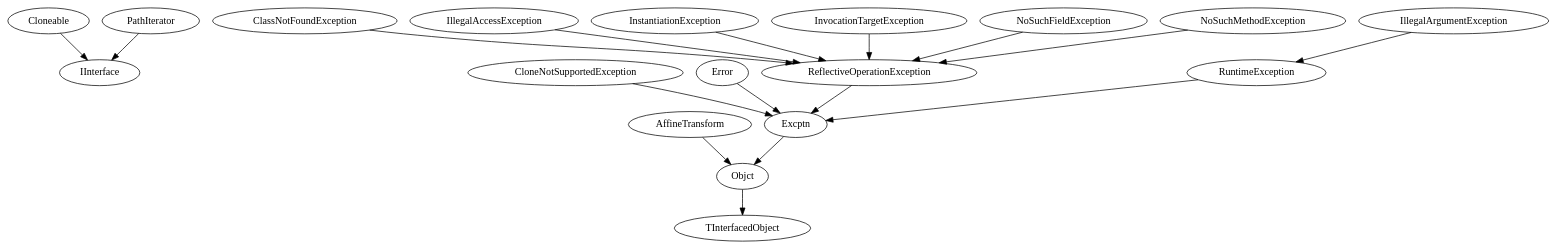
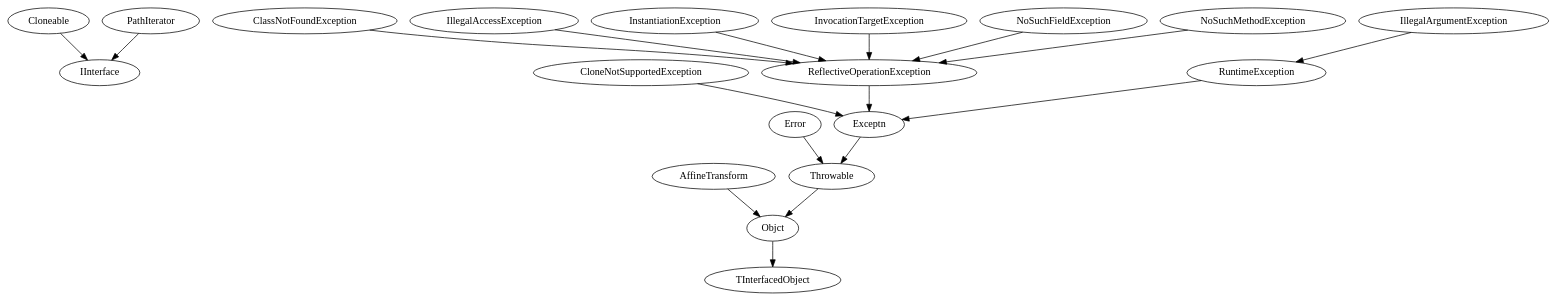
One commit to coelhole/newpascal changed the diagram in docs/GVClasses.dot. Above: the diagram before and after it, drawn with Graphviz. The commit also changed 22 other files, not shown here.

```diff
--- a/docs/GVClasses.dot
+++ b/docs/GVClasses.dot
@@ -1,34 +1,36 @@
 DiGraph Classes {
   "Cloneable" -> "IInterface"
   "Cloneable" [href="NewPascal.Base.Cloneable.html"]
   "PathIterator" -> "IInterface"
   "PathIterator" [href="NewPascal.GUI.Geom.PathIterator.html"]
   "Objct" -> "TInterfacedObject"
   "Objct" [href="NewPascal.Base.Objct.html"]
   "AffineTransform" -> "Objct"
   "AffineTransform" [href="NewPascal.GUI.Geom.AffineTransform.html"]
-  "Excptn" -> "Objct"
-  "Excptn" [href="NewPascal.Base.Excptn.html"]
-  "CloneNotSupportedException" -> "Excptn"
+  "Throwable" -> "Objct"
+  "Throwable" [href="NewPascal.Base.Throwable.html"]
+  "Error" -> "Throwable"
+  "Error" [href="NewPascal.Base.Error.html"]
+  "Exceptn" -> "Throwable"
+  "Exceptn" [href="NewPascal.Base.Exceptn.html"]
+  "CloneNotSupportedException" -> "Exceptn"
   "CloneNotSupportedException" [href="NewPascal.Base.CloneNotSupportedException.html"]
-  "Error" -> "Excptn"
-  "Error" [href="NewPascal.Base.Error.html"]
-  "ReflectiveOperationException" -> "Excptn"
+  "ReflectiveOperationException" -> "Exceptn"
   "ReflectiveOperationException" [href="NewPascal.Base.ReflectiveOperationException.html"]
   "ClassNotFoundException" -> "ReflectiveOperationException"
   "ClassNotFoundException" [href="NewPascal.Base.ClassNotFoundException.html"]
   "IllegalAccessException" -> "ReflectiveOperationException"
   "IllegalAccessException" [href="NewPascal.Base.IllegalAccessException.html"]
   "InstantiationException" -> "ReflectiveOperationException"
   "InstantiationException" [href="NewPascal.Base.InstantiationException.html"]
   "InvocationTargetException" -> "ReflectiveOperationException"
   "InvocationTargetException" [href="NewPascal.Base.InvocationTargetException.html"]
   "NoSuchFieldException" -> "ReflectiveOperationException"
   "NoSuchFieldException" [href="NewPascal.Base.NoSuchFieldException.html"]
   "NoSuchMethodException" -> "ReflectiveOperationException"
   "NoSuchMethodException" [href="NewPascal.Base.NoSuchMethodException.html"]
-  "RuntimeException" -> "Excptn"
+  "RuntimeException" -> "Exceptn"
   "RuntimeException" [href="NewPascal.Base.RuntimeException.html"]
   "IllegalArgumentException" -> "RuntimeException"
   "IllegalArgumentException" [href="NewPascal.Base.IllegalArgumentException.html"]
 }
```
